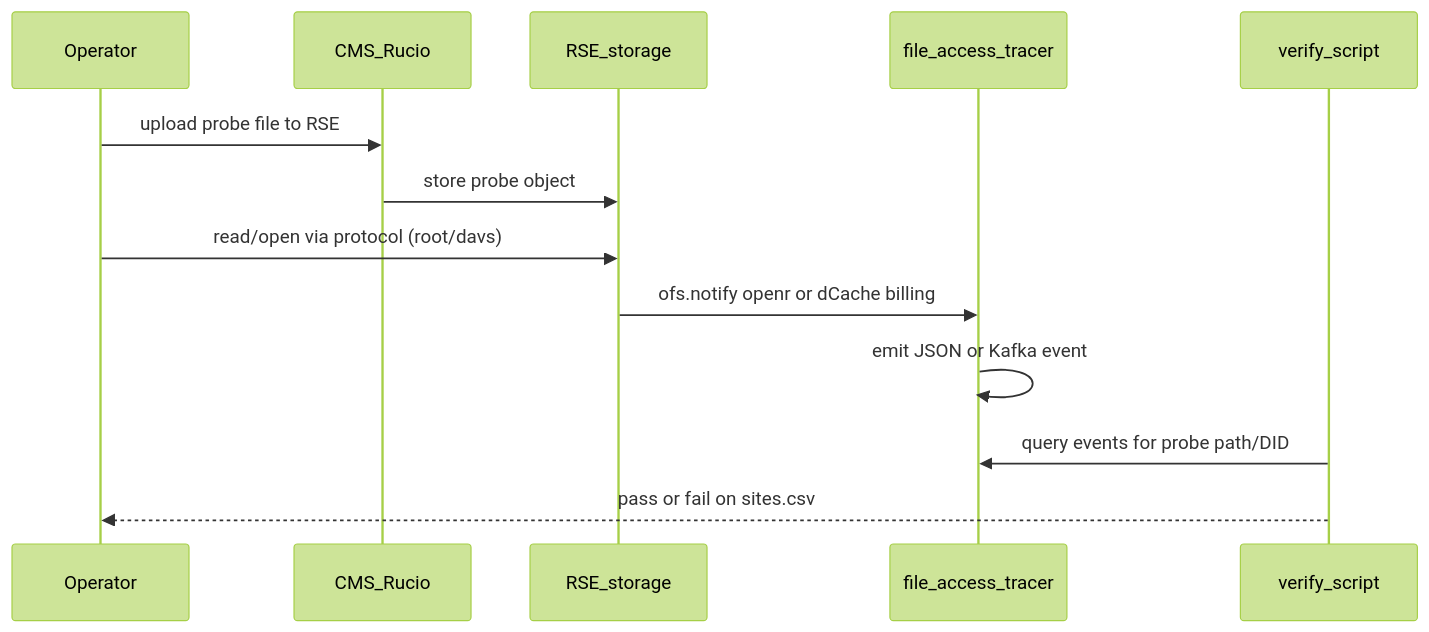
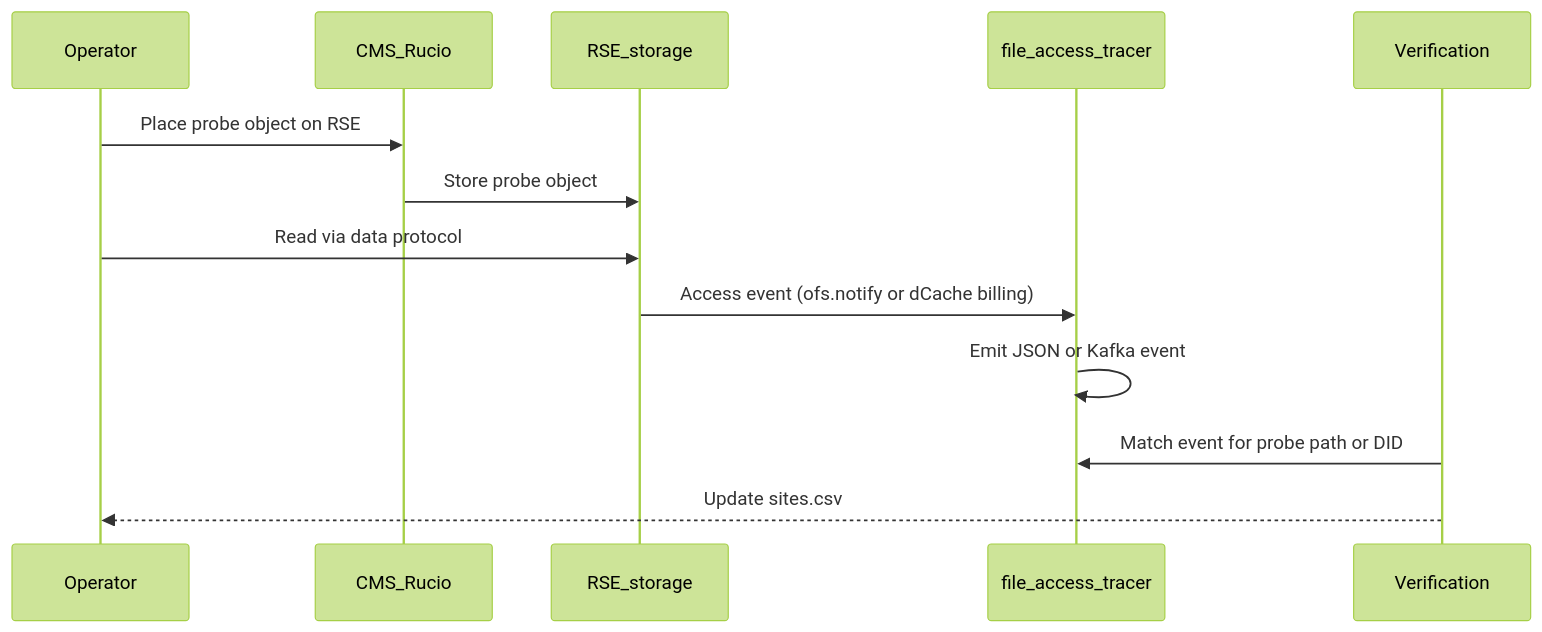
Before and after one commit to dynamic-entropy/file-access-tracer: the diagram in campaign/README.md, drawn with Mermaid (forest theme). The commit also changed other lines of this file and 5 other files, not shown here.

````diff
--- a/campaign/README.md
+++ b/campaign/README.md
@@ -80,16 +71,16 @@
 ```mermaid
 sequenceDiagram
   participant Op as Operator
   participant Rucio as CMS_Rucio
   participant SE as RSE_storage
   participant Tracer as file_access_tracer
-  participant Check as verify_script
+  participant Check as Verification
 
-  Op->>Rucio: upload probe file to RSE
-  Rucio->>SE: store probe object
-  Op->>SE: read/open via protocol (root/davs)
-  SE->>Tracer: ofs.notify openr or dCache billing
-  Tracer->>Tracer: emit JSON or Kafka event
-  Check->>Tracer: query events for probe path/DID
-  Check-->>Op: pass or fail on sites.csv
+  Op->>Rucio: Place probe object on RSE
+  Rucio->>SE: Store probe object
+  Op->>SE: Read via data protocol
+  SE->>Tracer: Access event (ofs.notify or dCache billing)
+  Tracer->>Tracer: Emit JSON or Kafka event
+  Check->>Tracer: Match event for probe path or DID
+  Check-->>Op: Update sites.csv
 ```
````
